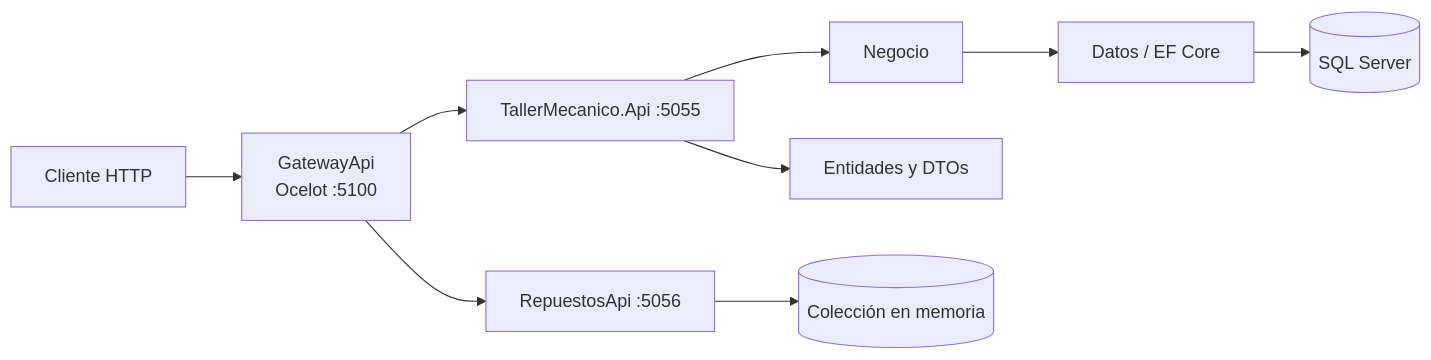
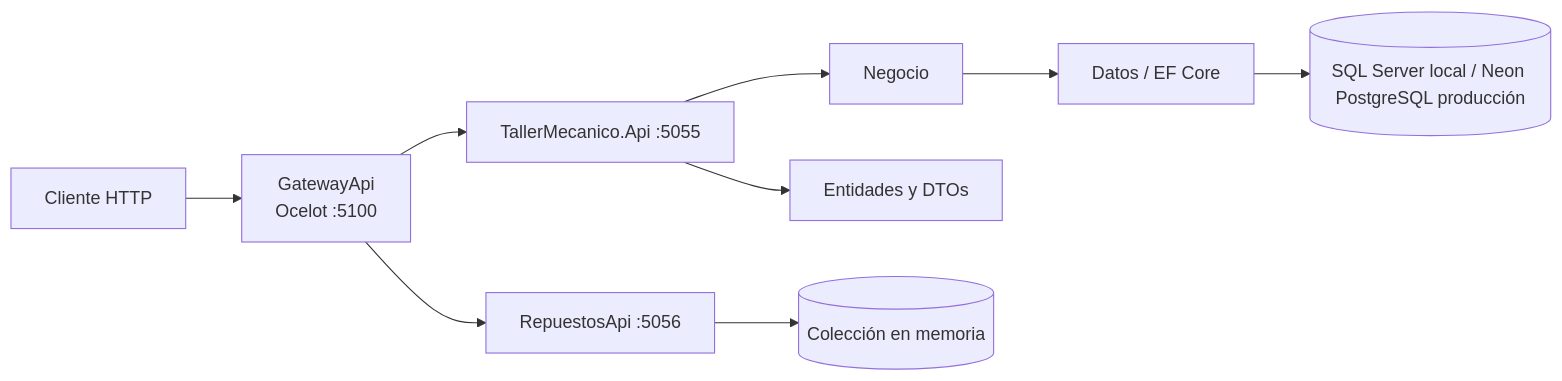
The diagram in README-S15.md (DalexisHub/TallerMecanico), drawn with Mermaid before and after one commit. The commit also changed other lines of this file and 5 other files, not shown here.

Commit message:
feat: add PostgreSQL support for Neon cloud deployment

````diff
--- a/README-S15.md
+++ b/README-S15.md
@@ -5,11 +5,11 @@
 ```mermaid
 flowchart LR
     C[Cliente HTTP] --> G[GatewayApi<br/>Ocelot :5100]
     G --> T[TallerMecanico.Api :5055]
     G --> R[RepuestosApi :5056]
     T --> N[Negocio]
     N --> D[Datos / EF Core]
-    D --> S[(SQL Server)]
+    D --> S[(SQL Server local / Neon PostgreSQL producción)]
     T --> E[Entidades y DTOs]
     R --> M[(Colección en memoria)]
 ```
````
